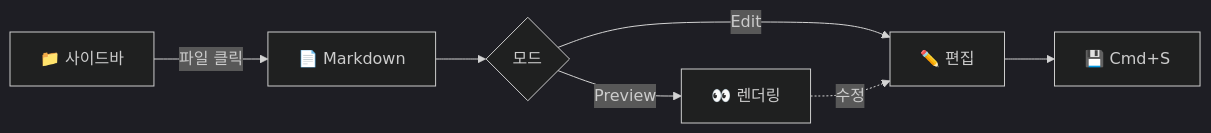
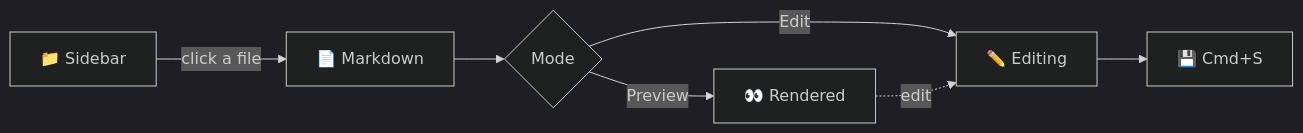
One commit to neo2544/mdviewer changed the diagram in USAGE_WEB.md. Above: the diagram before and after it, drawn with Mermaid (dark theme). The commit also changed other lines of this file and 5 other files, not shown here.

````diff
--- a/USAGE_WEB.md
+++ b/USAGE_WEB.md
@@ -38,9 +47,9 @@
 ```mermaid
 flowchart LR
-    A[📁 사이드바] -->|파일 클릭| B[📄 Markdown]
-    B --> C{모드}
-    C -- Preview --> D[👀 렌더링]
-    C -- Edit --> E[✏️ 편집]
+    A[📁 Sidebar] -->|click a file| B[📄 Markdown]
+    B --> C{Mode}
+    C -- Preview --> D[👀 Rendered]
+    C -- Edit --> E[✏️ Editing]
     E --> F[💾 Cmd+S]
-    D -.수정-.-> E
+    D -.edit-.-> E
 ```
````
